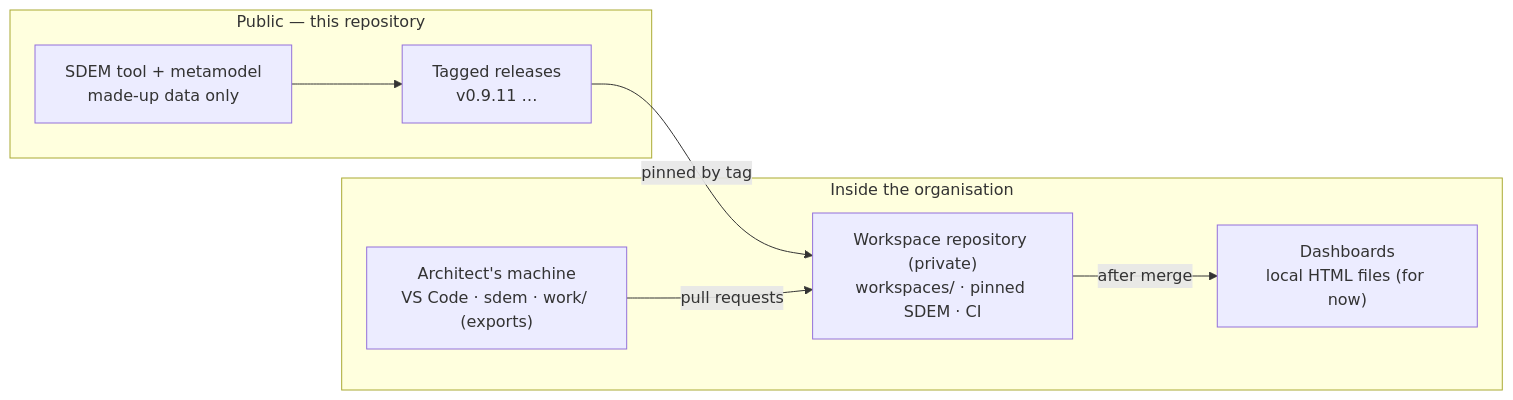
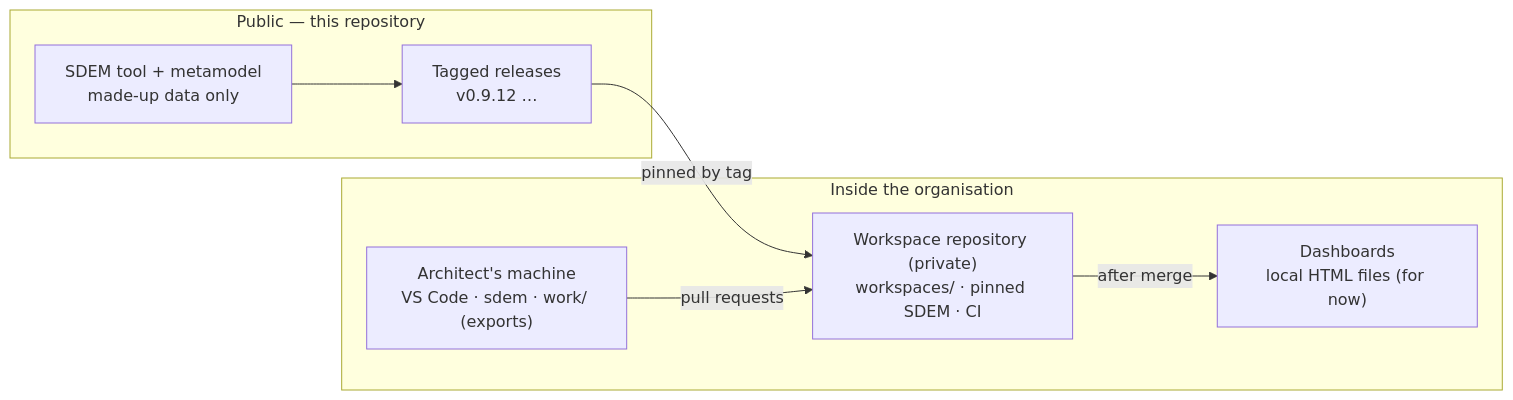
One commit to taumoeps/bian-sdem-framework changed the diagram in docs/sdem-operating-model.md. Above: the diagram before and after it, drawn with Mermaid. The commit also changed other lines of this file and 24 other files, not shown here.

Commit message:
v0.9.12 — built for agents: --json, --dry-run, --limit on every command; failures as JSON with a code and a hint; dashboard/home JSON summaries; sdem commands --json (AF-01…AF-06); release preparation (version, template pin, CHANGELOG, ROADMAP)

````diff
--- a/docs/sdem-operating-model.md
+++ b/docs/sdem-operating-model.md
@@ -7,14 +7,14 @@
 ```mermaid
 flowchart LR
     subgraph PUB["Public — this repository"]
-      T["SDEM tool + metamodel<br/>made-up data only"] --> REL["Tagged releases<br/>v0.9.11 …"]
+      T["SDEM tool + metamodel<br/>made-up data only"] --> REL["Tagged releases<br/>v0.9.12 …"]
     end
     subgraph ORG["Inside the organisation"]
       ER["Workspace repository (private)<br/>workspaces/ · pinned SDEM · CI"]
       WS["Architect's machine<br/>VS Code · sdem · work/ (exports)"]
       H["Dashboards<br/>local HTML files (for now)"]
     end
     REL -- "pinned by tag" --> ER
     WS -- "pull requests" --> ER
     ER -- "after merge" --> H
 ```
````
